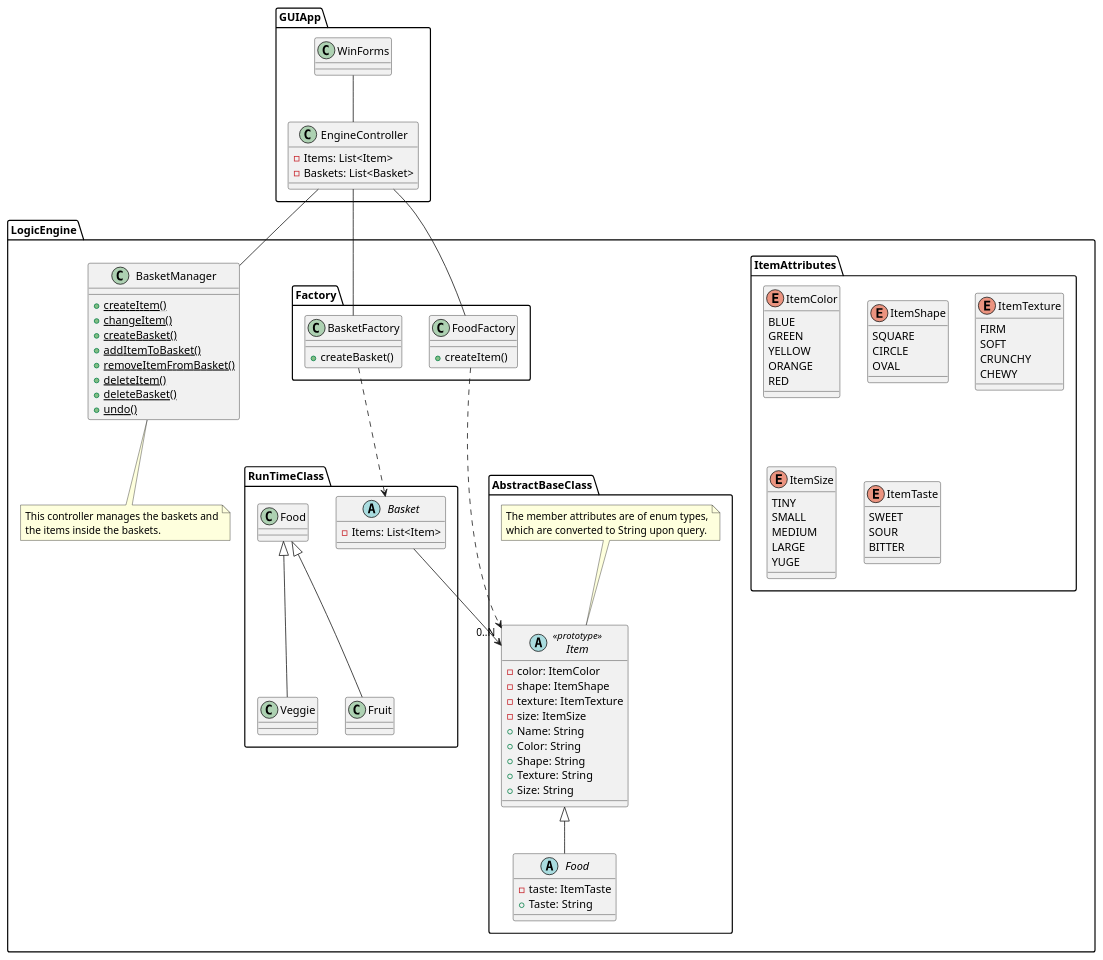
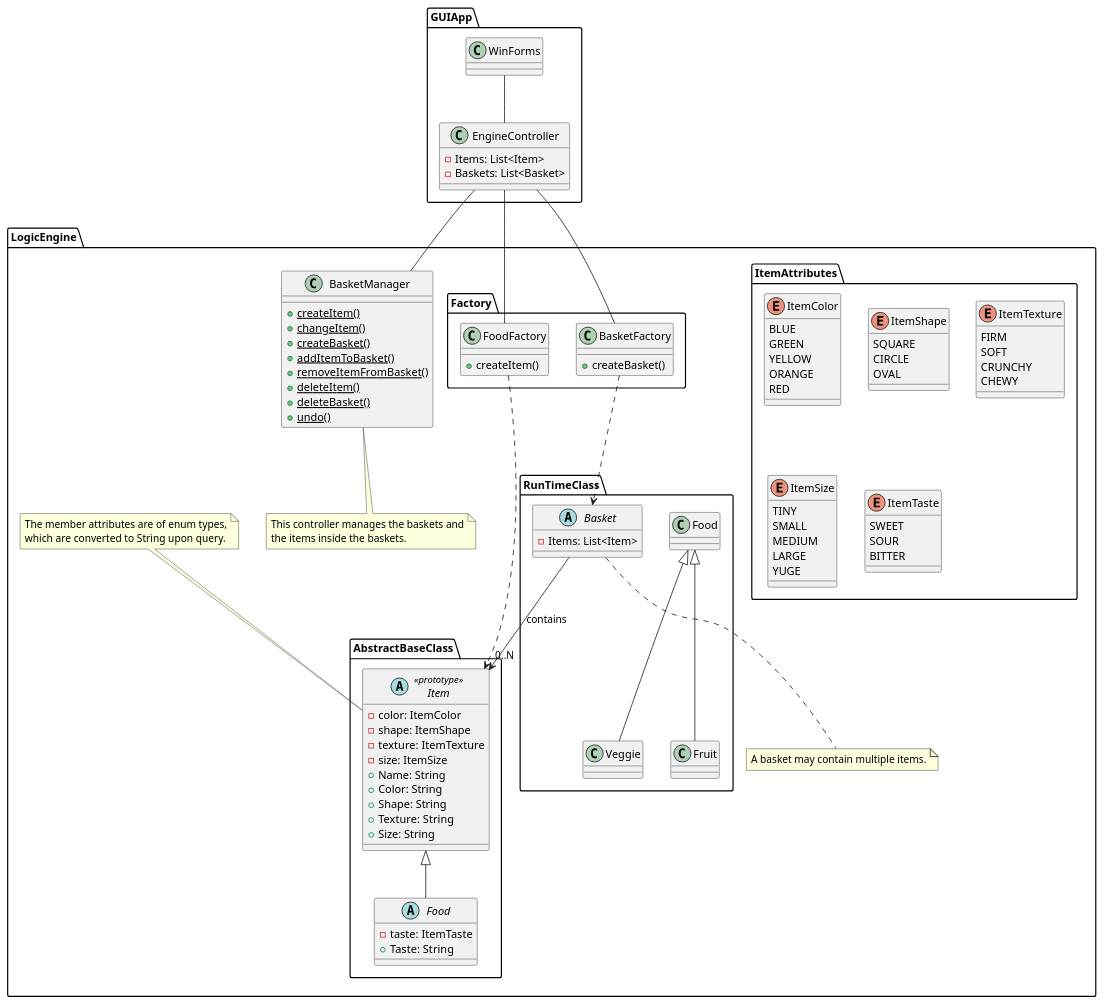
The diagram in FinalExamProject/Design_Documents/CharlesNorden-ClassDiagram.wsd (abenezerangelos/wsu-cpts321-Final), drawn with PlantUML before and after one commit. The commit also changed 1 other file, not shown here.

Commit message:
Updated the UML diagram with notes.

```diff
--- a/FinalExamProject/Design_Documents/CharlesNorden-ClassDiagram.wsd
+++ b/FinalExamProject/Design_Documents/CharlesNorden-ClassDiagram.wsd
@@ -1,122 +1,125 @@
 @startuml "CharlesNorden-ClassDiagram"
 
 package "GUIApp" {
     class EngineController {
         -Items: List<Item>
         -Baskets: List<Basket>
     }
 
     WinForms -- EngineController
 }
 
 package "LogicEngine" {
     class BasketManager {
         {static} +createItem()
         {static} +changeItem()
         {static} +createBasket()
         {static} +addItemToBasket()
         {static} +removeItemFromBasket()
         {static} +deleteItem()
         {static} +deleteBasket()
         {static} +undo()
     }
-    
-    note bottom of BasketManager
-        This controller manages the baskets and
-        the items inside the baskets.
-    end note
 
     package "AbstractBaseClass" {
         abstract class Item << prototype >> {
             -color: ItemColor
             -shape: ItemShape
             -texture: ItemTexture
             -size: ItemSize
             +Name: String
             +Color: String
             +Shape: String
             +Texture: String
             +Size: String
         }
 
-        note top of Item
-            The member attributes are of enum types,
-            which are converted to String upon query.
-        end note
-
         abstract class Food extends Item {
             -taste: ItemTaste
             +Taste: String
         }
     }
-    
+
     package "ItemAttributes" {
         enum ItemColor {
             BLUE
             GREEN
             YELLOW
             ORANGE
             RED
         }
 
         enum ItemShape {
             SQUARE
             CIRCLE
             OVAL
         }
-        
+
         enum ItemTexture {
             FIRM
             SOFT
             CRUNCHY
             CHEWY
         }
-        
+
         enum ItemSize {
             TINY
             SMALL
             MEDIUM
             LARGE
             YUGE
         }
-        
+
         enum ItemTaste {
             SWEET
             SOUR
             BITTER
         }
     }
 
     package "RunTimeClass" {
         class Veggie extends Food {
         }
 
         class Fruit extends Food{
         }
 
         abstract class Basket {
             -Items: List<Item>
         }
     }
-
     package Factory {
         class BasketFactory {
             +createBasket()
         }
 
         class FoodFactory {
             +createItem()
         }
 
         BasketFactory ..> Basket
         FoodFactory ..> Item
 
         EngineController -- BasketManager
         EngineController -- BasketFactory
         EngineController -- FoodFactory
 
-        Basket --> "0..N" Item
+        Basket --> "0..N" Item : contains
     }
+
+    note bottom of BasketManager
+        This controller manages the baskets and
+        the items inside the baskets.
+    end note
+
+    note top of Item
+        The member attributes are of enum types,
+        which are converted to String upon query.
+    end note
+
+    note bottom of Basket
+        A basket may contain multiple items.
+    end note
 }
 
 @enduml
```
